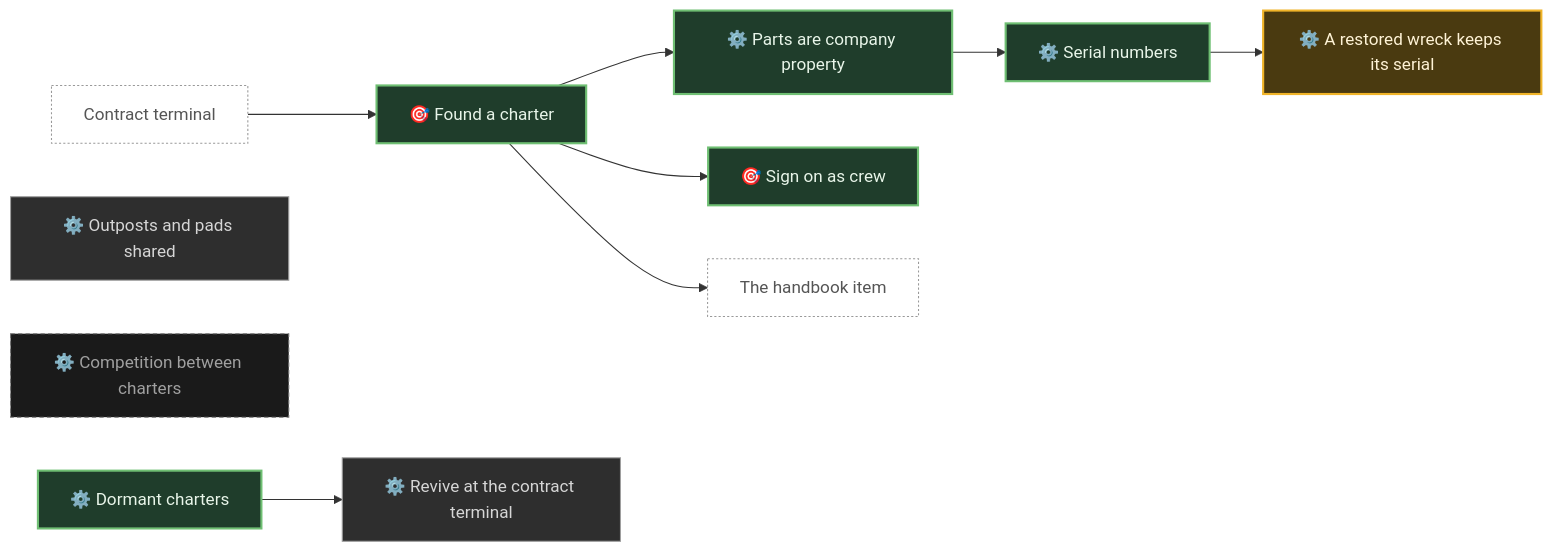
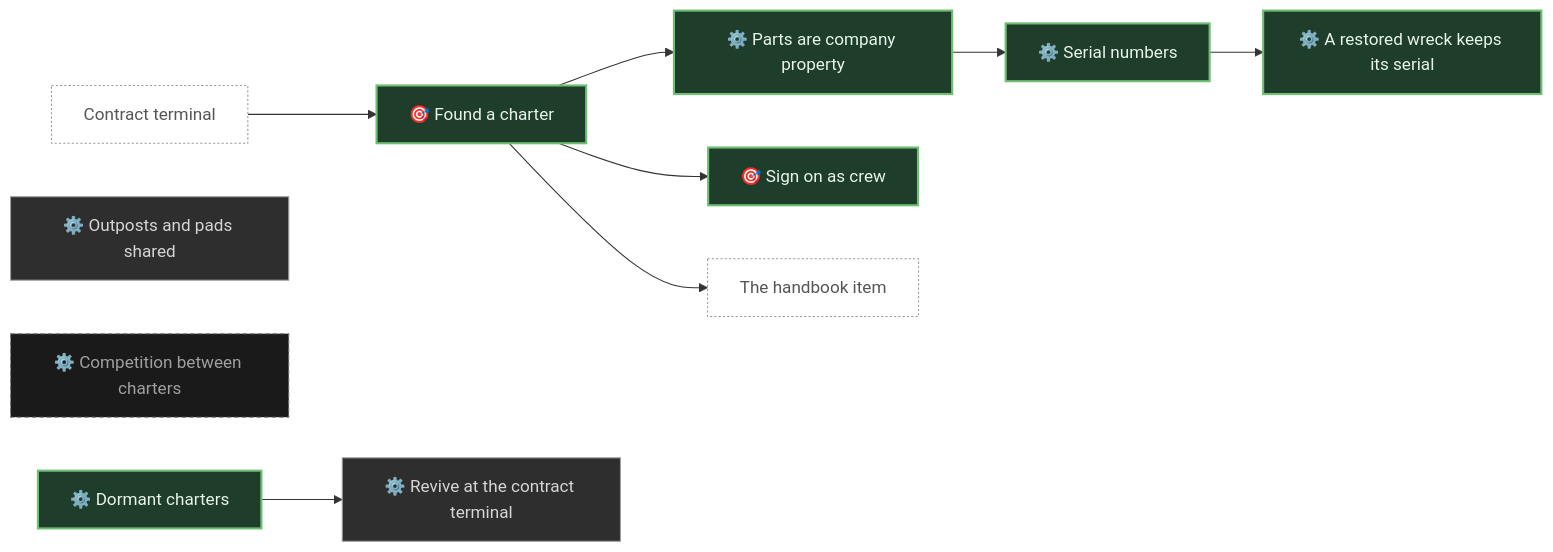
One commit to pkeppeler/deepcharter changed diagram 26 of 30 in docs/FEATURE-MAP.md. Above: the diagram before and after it, drawn with Mermaid. The commit also changed other lines of this file and 2 other files, not shown here.

First line of the commit message:
Feature map: merge main (#497, #499, #500); crafted scanner and wreck serial are built

````diff
--- a/docs/FEATURE-MAP.md
+++ b/docs/FEATURE-MAP.md
@@ -1414,31 +1411,30 @@
 ```mermaid
 flowchart LR
   n_found_charter["🎯 Found a charter"]
   n_company_parts["⚙️ Parts are company property"]
   n_sign_on["🎯 Sign on as crew"]
   n_dormant_charters["⚙️ Dormant charters"]
   n_serials["⚙️ Serial numbers"]
   n_revive_at_terminal["⚙️ Revive at the contract terminal"]
   n_wreck_keeps_serial["⚙️ A restored wreck keeps its serial"]
   n_share_outposts["⚙️ Outposts and pads shared"]
   n_charter_competition["⚙️ Competition between charters"]
   n_contract_terminal["Contract terminal"]
   n_handbook_item["The handbook item"]
   n_company_parts --> n_serials
   n_contract_terminal --> n_found_charter
   n_dormant_charters --> n_revive_at_terminal
   n_found_charter --> n_company_parts
   n_found_charter --> n_handbook_item
   n_found_charter --> n_sign_on
   n_serials --> n_wreck_keeps_serial
   classDef built fill:#1f3d2b,stroke:#6fbf73,stroke-width:2px,color:#e8f5e9
   classDef progress fill:#4a3a10,stroke:#f0b429,stroke-width:2px,color:#fff3d6
   classDef planned fill:#2e2e2e,stroke:#9e9e9e,stroke-width:1px,color:#d6d6d6
   classDef idea fill:#1a1a1a,stroke:#757575,stroke-width:1px,stroke-dasharray:4 3,color:#a0a0a0
   classDef ext fill:#ffffff,stroke:#999999,stroke-width:1px,stroke-dasharray:2 2,color:#555555
-  class n_found_charter,n_company_parts,n_sign_on,n_dormant_charters,n_serials built
-  class n_wreck_keeps_serial progress
+  class n_found_charter,n_company_parts,n_sign_on,n_dormant_charters,n_serials,n_wreck_keeps_serial built
   class n_revive_at_terminal,n_share_outposts planned
   class n_charter_competition idea
   class n_contract_terminal,n_handbook_item ext
 ```
````
